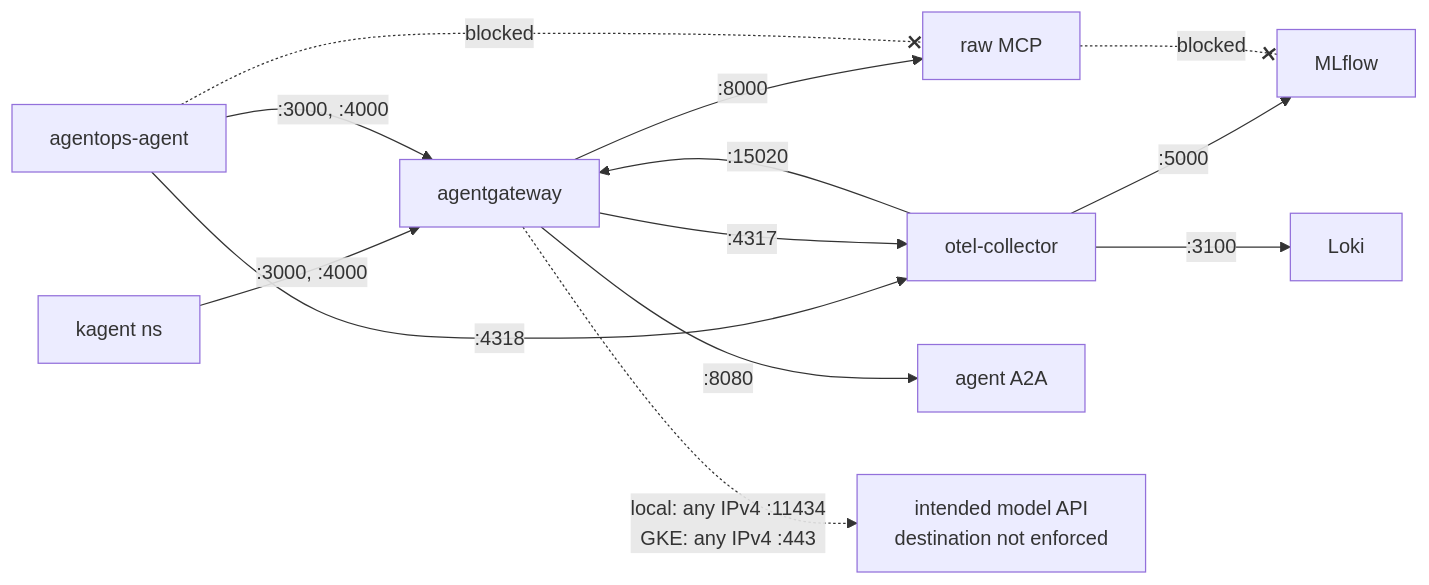
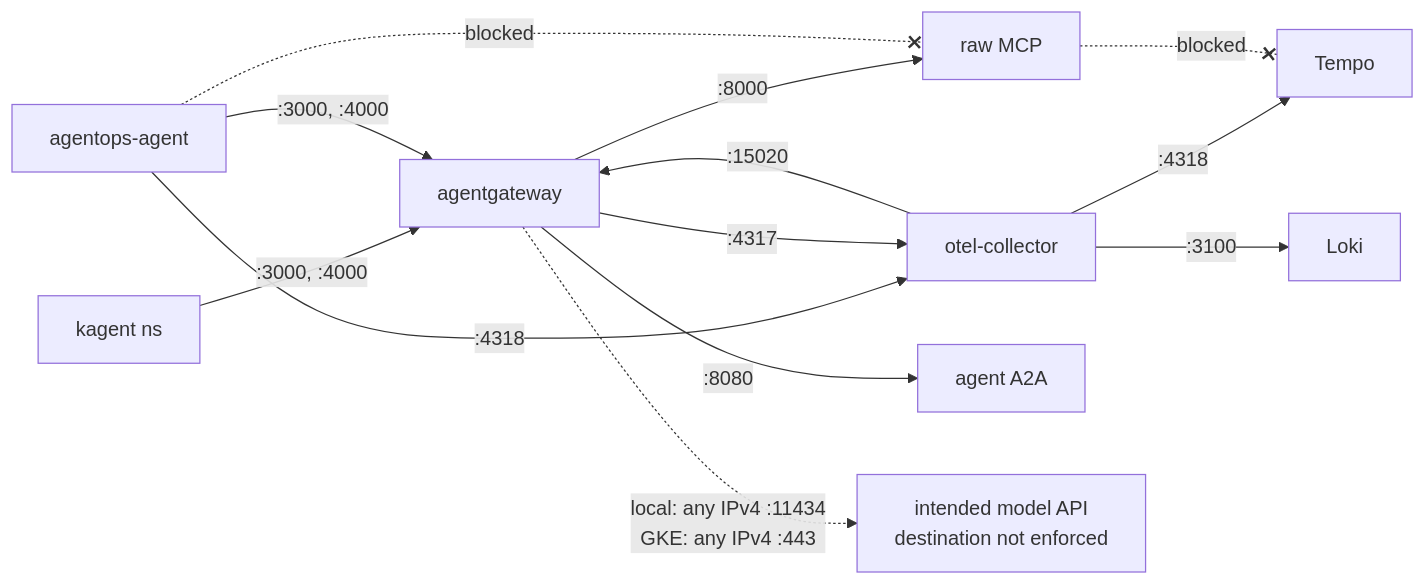
One commit to LuiGGi629/agentops-open-course changed the diagram in content/6. Platform/6.5. Platform Gateway.md. Above: the diagram before and after it, drawn with Mermaid. The commit also changed other lines of this file and 88 other files, not shown here.

First line of the commit message:
refactor: send traces to Tempo and take MLflow out of the online path

````diff
--- a/content/6. Platform/6.5. Platform Gateway.md
+++ b/content/6. Platform/6.5. Platform Gateway.md
@@ -69,15 +69,15 @@
 ```mermaid
 flowchart LR
     kagent["kagent ns"] -->|":3000, :4000"| GW["agentgateway"]
     AG["agentops-agent"] -->|":3000, :4000"| GW
     AG -->|":4318"| OT["otel-collector"]
     GW -->|":8000"| MCP["raw MCP"]
     GW -->|":8080"| A2A["agent A2A"]
     GW -->|":4317"| OT
-    OT -->|":5000"| ML["MLflow"]
+    OT -->|":4318"| TP["Tempo"]
     OT -->|":3100"| LK["Loki"]
     OT -->|":15020"| GW
     GW -. "local: any IPv4 :11434<br/>GKE: any IPv4 :443" .-> Public["intended model API<br/>destination not enforced"]
     AG -.blocked.-x MCP
-    MCP -.blocked.-x ML
+    MCP -.blocked.-x TP
 ```
````
